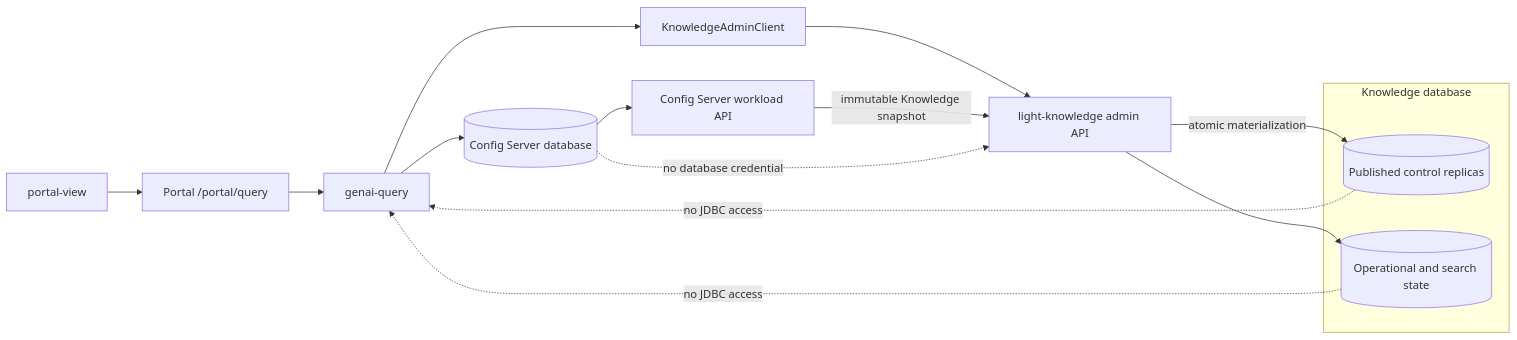
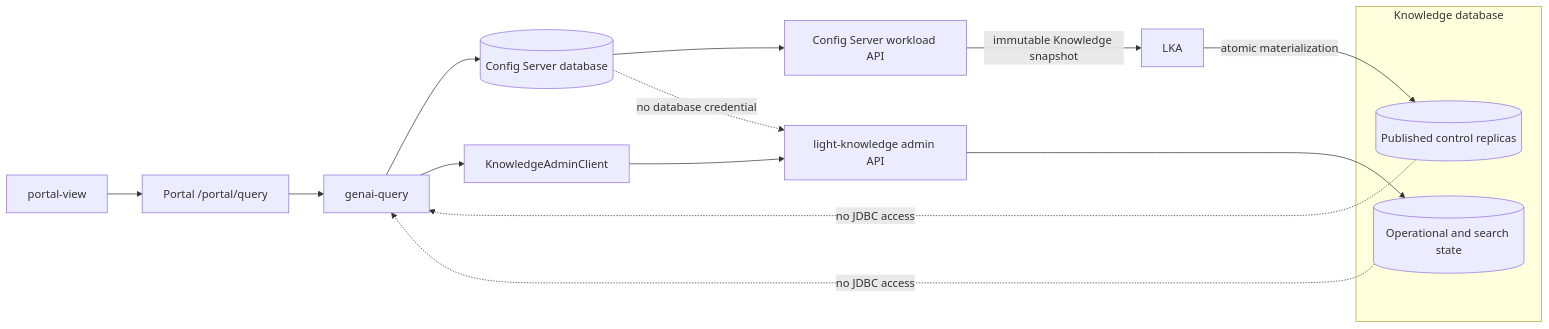
One commit to lightapi/light-portal-doc changed the second of 2 diagrams in src/design/light-knowledge/portal-operational-query-boundary.md. Above: the diagram before and after it, drawn with Mermaid. The commit also changed other lines of this file and 1 other file, not shown here.

Commit message:
docs(knowledge): finalize operational boundary design

````diff
--- a/src/design/light-knowledge/portal-operational-query-boundary.md
+++ b/src/design/light-knowledge/portal-operational-query-boundary.md
@@ -177,23 +177,23 @@
 ```mermaid
 flowchart LR
     UI[portal-view]
     PQ[Portal /portal/query]
     GQ[genai-query]
     KC[KnowledgeAdminClient]
     LK[light-knowledge admin API]
     CS[Config Server workload API]
     CDB[(Config Server database)]
     subgraph KDB[Knowledge database]
         CR[(Published control replicas)]
         OP[(Operational and search state)]
     end
 
     UI --> PQ --> GQ
     GQ --> CDB
     GQ --> KC --> LK --> OP
-    CDB --> CS -->|immutable Knowledge snapshot| LK -->|atomic materialization| CR
+    CDB --> CS -->|immutable Knowledge snapshot| LKA -->|atomic materialization| CR
 
     CR -. no JDBC access .-> GQ
     OP -. no JDBC access .-> GQ
     CDB -. no database credential .-> LK
 ```
````
